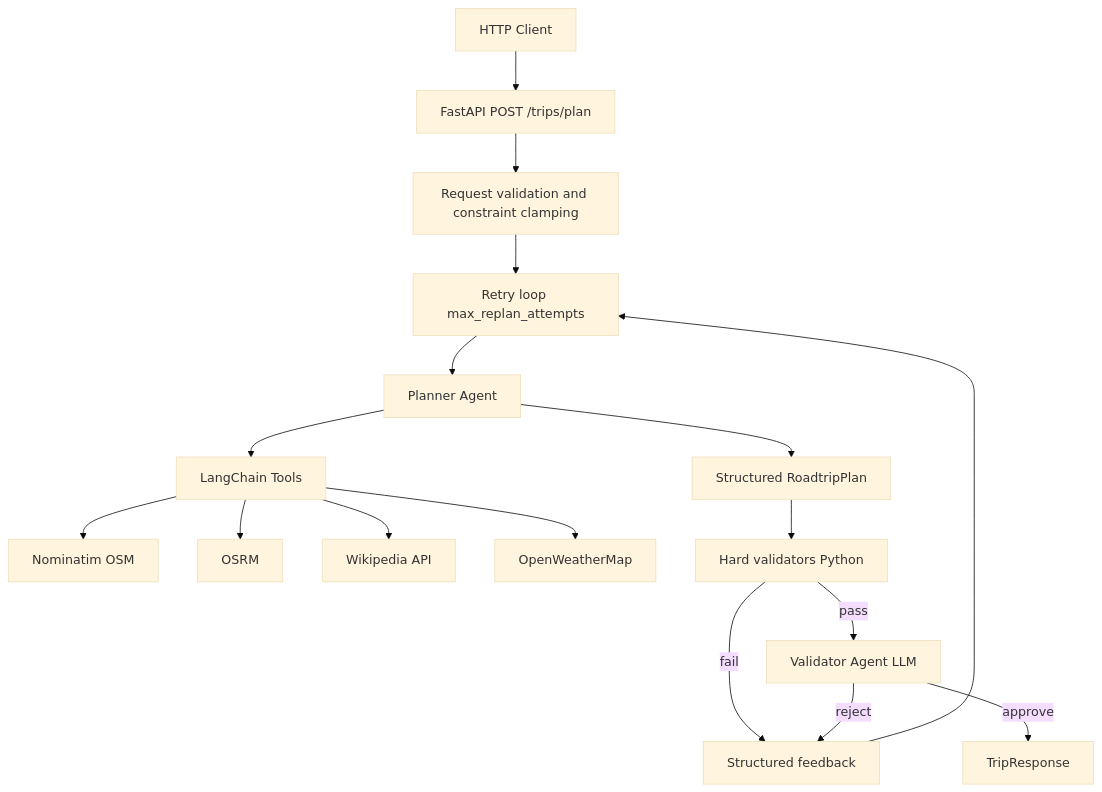
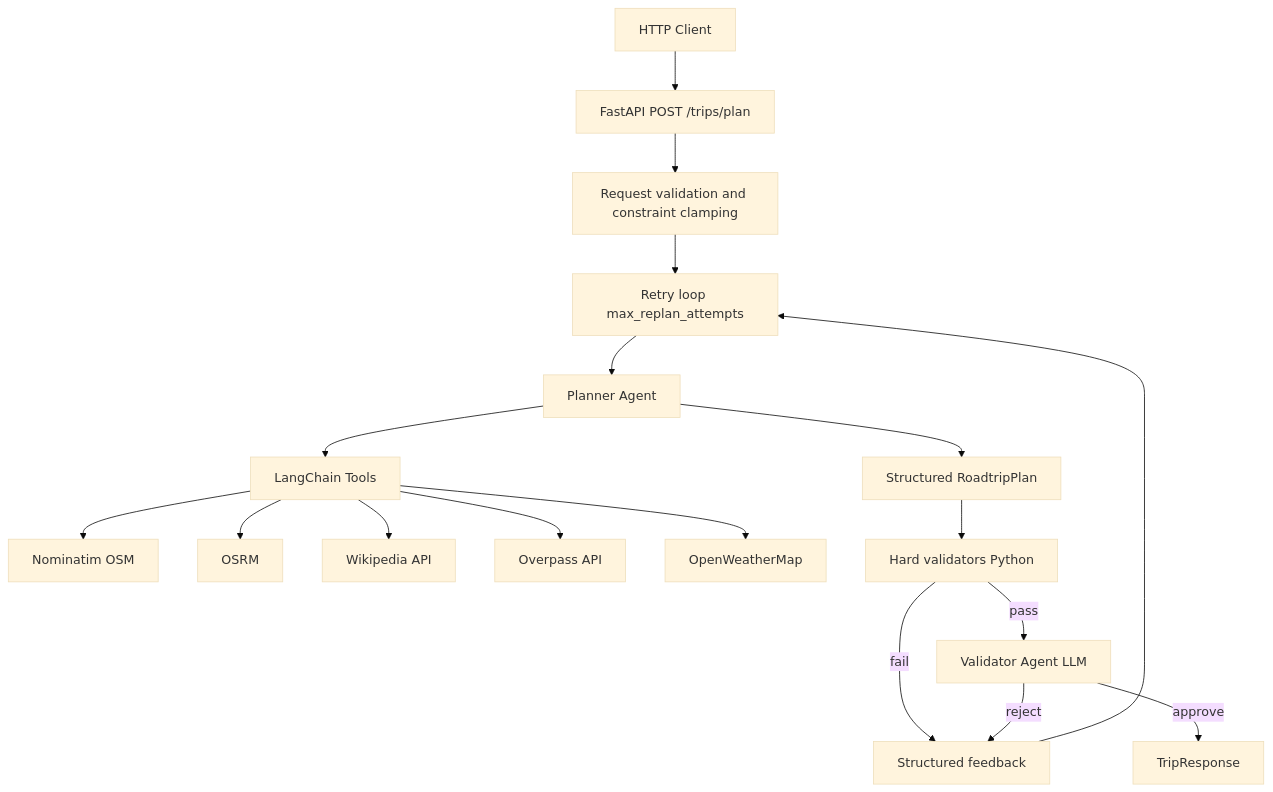
Before and after one commit to IsaacAGz/Roadtrip-Planner: the diagram in PLAN.md, drawn with Mermaid (base theme). The commit also changed other lines of this file and 13 other files, not shown here.

Commit message:
overpass api implementation for weather information

````diff
--- a/PLAN.md
+++ b/PLAN.md
@@ -41,19 +41,20 @@
 ```mermaid
 flowchart TD
     Client[HTTP Client] --> API[FastAPI POST /trips/plan]
     API --> PreCheck[Request validation and constraint clamping]
     PreCheck --> Loop[Retry loop max_replan_attempts]
     Loop --> Planner[Planner Agent]
     Planner --> Tools[LangChain Tools]
     Tools --> Nominatim[Nominatim OSM]
     Tools --> OSRM[OSRM]
     Tools --> Wiki[Wikipedia API]
+    Tools --> Overpass[Overpass API]
     Tools --> OWM[OpenWeatherMap]
     Planner --> Draft[Structured RoadtripPlan]
     Draft --> HardVal[Hard validators Python]
     HardVal -->|fail| Feedback[Structured feedback]
     Feedback --> Loop
     HardVal -->|pass| SoftVal[Validator Agent LLM]
     SoftVal -->|reject| Feedback
     SoftVal -->|approve| Response[TripResponse]
 ```
````
